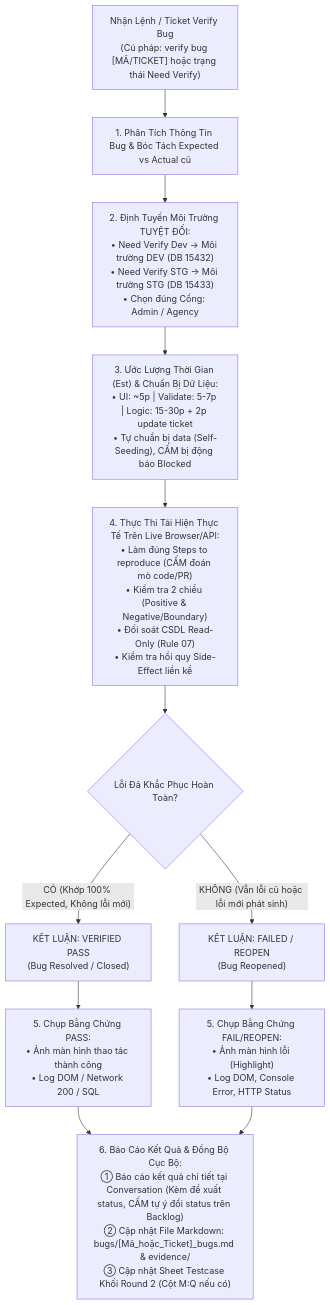
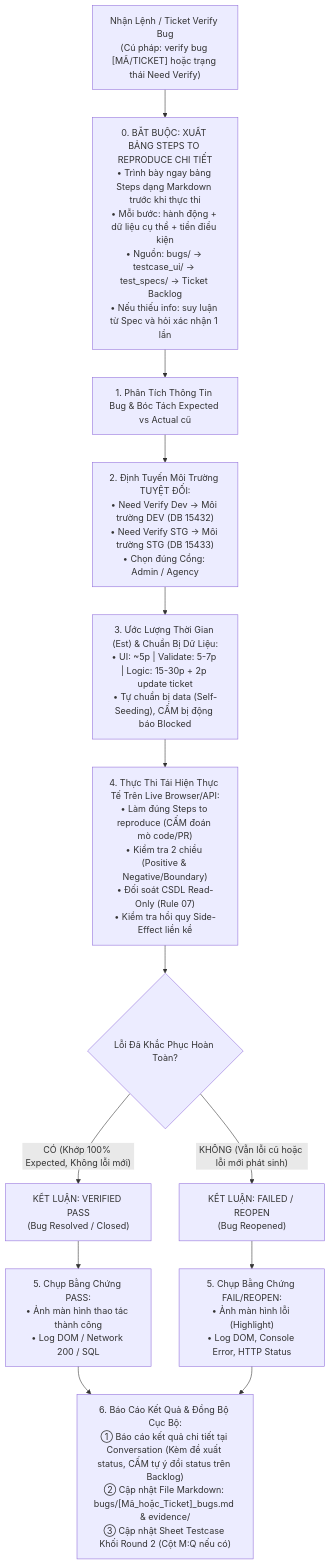
One commit to leo1133/SurrealDoll changed the second of 2 diagrams in Universal_Rules/06_bug_reporting_rule.md. Above: the diagram before and after it, drawn with Mermaid. The commit also changed other lines of this file and 27 other files, not shown here.

````diff
--- a/Universal_Rules/06_bug_reporting_rule.md
+++ b/Universal_Rules/06_bug_reporting_rule.md
@@ -214,21 +282,22 @@
 ```mermaid
 flowchart TD
-    Trigger["Nhận Lệnh / Ticket Verify Bug<br>(Cú pháp: verify bug [MÃ/TICKET] hoặc trạng thái Need Verify)"] --> Step1["1. Phân Tích Thông Tin Bug & Bóc Tách Expected vs Actual cũ"]
+    Trigger["Nhận Lệnh / Ticket Verify Bug<br>(Cú pháp: verify bug [MÃ/TICKET] hoặc trạng thái Need Verify)"] --> Step0["0. BẮT BUỘC: XUẤT BẢNG STEPS TO REPRODUCE CHI TIẾT<br>• Trình bày ngay bảng Steps dạng Markdown trước khi thực thi<br>• Mỗi bước: hành động + dữ liệu cụ thể + tiền điều kiện<br>• Nguồn: bugs/ → testcase_ui/ → test_specs/ → Ticket Backlog<br>• Nếu thiếu info: suy luận từ Spec và hỏi xác nhận 1 lần"]
+    Step0 --> Step1["1. Phân Tích Thông Tin Bug & Bóc Tách Expected vs Actual cũ"]
     
     Step1 --> Step2["2. Định Tuyến Môi Trường TUYỆT ĐỐI:<br>• Need Verify Dev -> Môi trường DEV (DB 15432)<br>• Need Verify STG -> Môi trường STG (DB 15433)<br>• Chọn đúng Cổng: Admin / Agency"]
     
     Step2 --> Step3["3. Ước Lượng Thời Gian (Est) & Chuẩn Bị Dữ Liệu:<br>• UI: ~5p | Validate: 5-7p | Logic: 15-30p + 2p update ticket<br>• Tự chuẩn bị data (Self-Seeding), CẤM bị động báo Blocked"]
     
     Step3 --> Step4["4. Thực Thi Tái Hiện Thực Tế Trên Live Browser/API:<br>• Làm đúng Steps to reproduce (CẤM đoán mò code/PR)<br>• Kiểm tra 2 chiều (Positive & Negative/Boundary)<br>• Đối soát CSDL Read-Only (Rule 07)<br>• Kiểm tra hồi quy Side-Effect liền kề"]
     
     Step4 --> Check{"Lỗi Đã Khắc Phục Hoàn Toàn?"}
     
     Check -- "CÓ (Khớp 100% Expected, Không lỗi mới)" --> PassFlow["KẾT LUẬN: VERIFIED PASS<br>(Bug Resolved / Closed)"]
     Check -- "KHÔNG (Vẫn lỗi cũ hoặc lỗi mới phát sinh)" --> FailFlow["KẾT LUẬN: FAILED / REOPEN<br>(Bug Reopened)"]
     
     PassFlow --> EvPass["5. Chụp Bằng Chứng PASS:<br>• Ảnh màn hình thao tác thành công<br>• Log DOM / Network 200 / SQL"]
     FailFlow --> EvFail["5. Chụp Bằng Chứng FAIL/REOPEN:<br>• Ảnh màn hình lỗi (Highlight)<br>• Log DOM, Console Error, HTTP Status"]
     
     EvPass --> Step6["6. Báo Cáo Kết Quả & Đồng Bộ Cục Bộ:<br>① Báo cáo kết quả chi tiết tại Conversation (Kèm đề xuất status, CẤM tự ý đổi status trên Backlog)<br>② Cập nhật File Markdown: bugs/[Mã_hoặc_Ticket]_bugs.md & evidence/<br>③ Cập nhật Sheet Testcase Khối Round 2 (Cột M:Q nếu có)"]
     EvFail --> Step6
 ```
````
